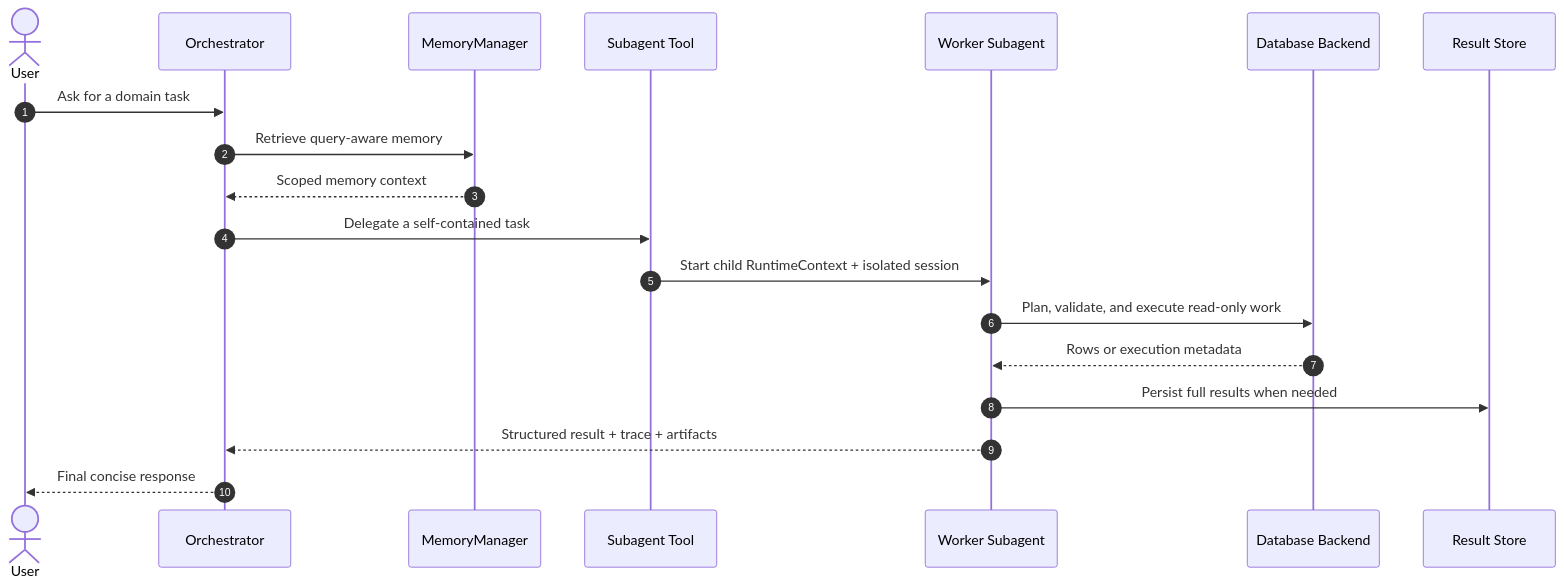
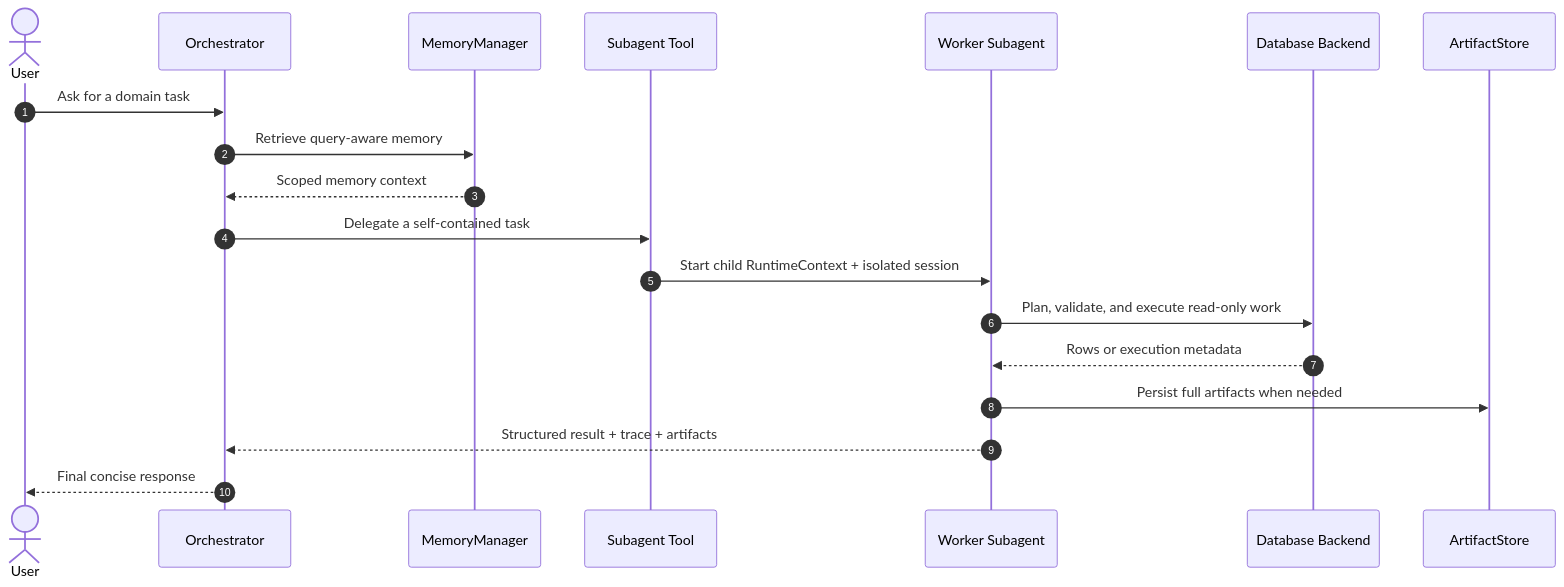
Before and after one commit to chick26/agentweave: the diagram in README.md, drawn with Mermaid. The commit also changed other lines of this file and 69 other files, not shown here.

````diff
--- a/README.md
+++ b/README.md
@@ -20,22 +20,22 @@
 ```mermaid
 sequenceDiagram
     autonumber
     actor User
     participant O as Orchestrator
     participant M as MemoryManager
     participant T as Subagent Tool
     participant W as Worker Subagent
     participant DB as Database Backend
-    participant RS as Result Store
+    participant A as ArtifactStore
 
     User->>O: Ask for a domain task
     O->>M: Retrieve query-aware memory
     M-->>O: Scoped memory context
     O->>T: Delegate a self-contained task
     T->>W: Start child RuntimeContext + isolated session
     W->>DB: Plan, validate, and execute read-only work
     DB-->>W: Rows or execution metadata
-    W->>RS: Persist full results when needed
+    W->>A: Persist full artifacts when needed
     W-->>O: Structured result + trace + artifacts
     O-->>User: Final concise response
 ```
````
